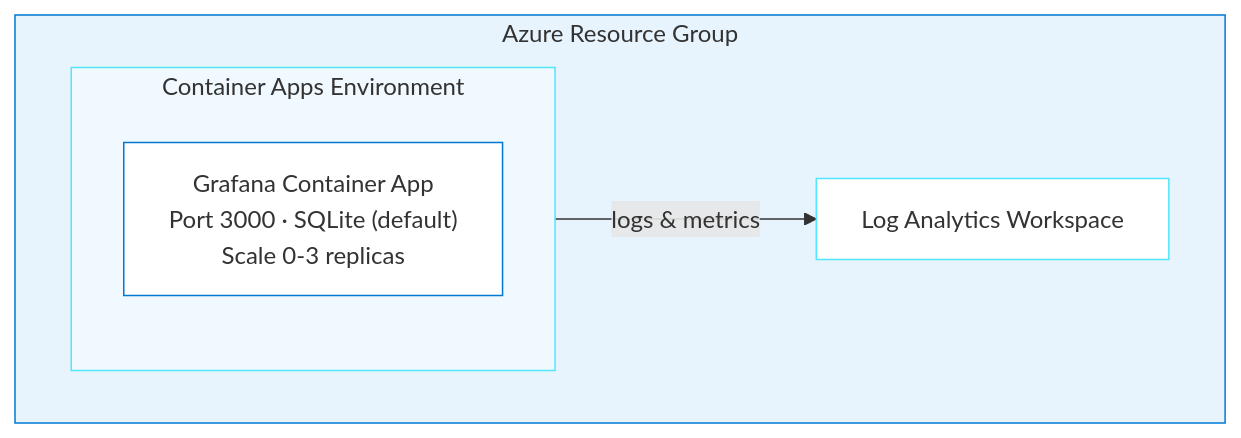
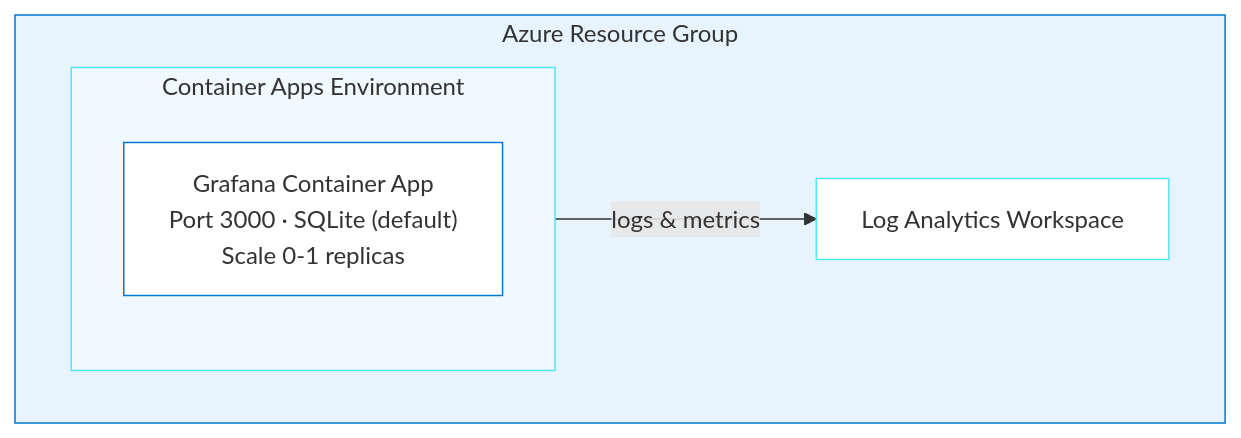
One commit to DanWahlin/agentic-journeys changed the diagram in journeys/grafana/README.md. Above: the diagram before and after it, drawn with Mermaid. The commit also changed other lines of this file and 2 other files, not shown here.

Commit message:
Update grafana journey

````diff
--- a/journeys/grafana/README.md
+++ b/journeys/grafana/README.md
@@ -62,16 +63,16 @@
 ```mermaid
 graph TB
     subgraph RG["Azure Resource Group"]
         LA["Log Analytics Workspace"]
         subgraph CAE["Container Apps Environment"]
-            GF["Grafana Container App<br/>Port 3000 · SQLite (default)<br/>Scale 0-3 replicas"]
+            GF["Grafana Container App<br/>Port 3000 · SQLite (default)<br/>Scale 0-1 replicas"]
         end
     end
 
     CAE -->|logs & metrics| LA
 
     style RG fill:#e8f4fd,stroke:#0078D4
     style CAE fill:#f0f9ff,stroke:#50e6ff
     style GF fill:#fff,stroke:#0078D4
     style LA fill:#fff,stroke:#50e6ff
 ```
````
